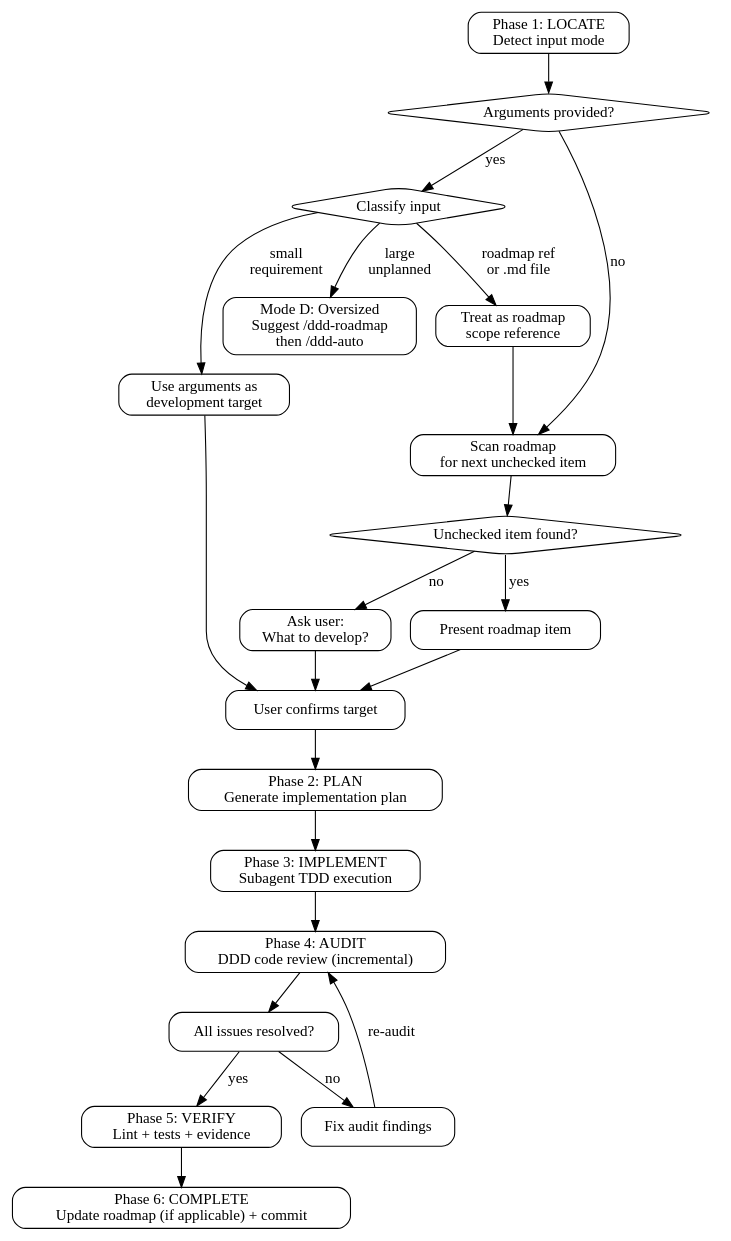
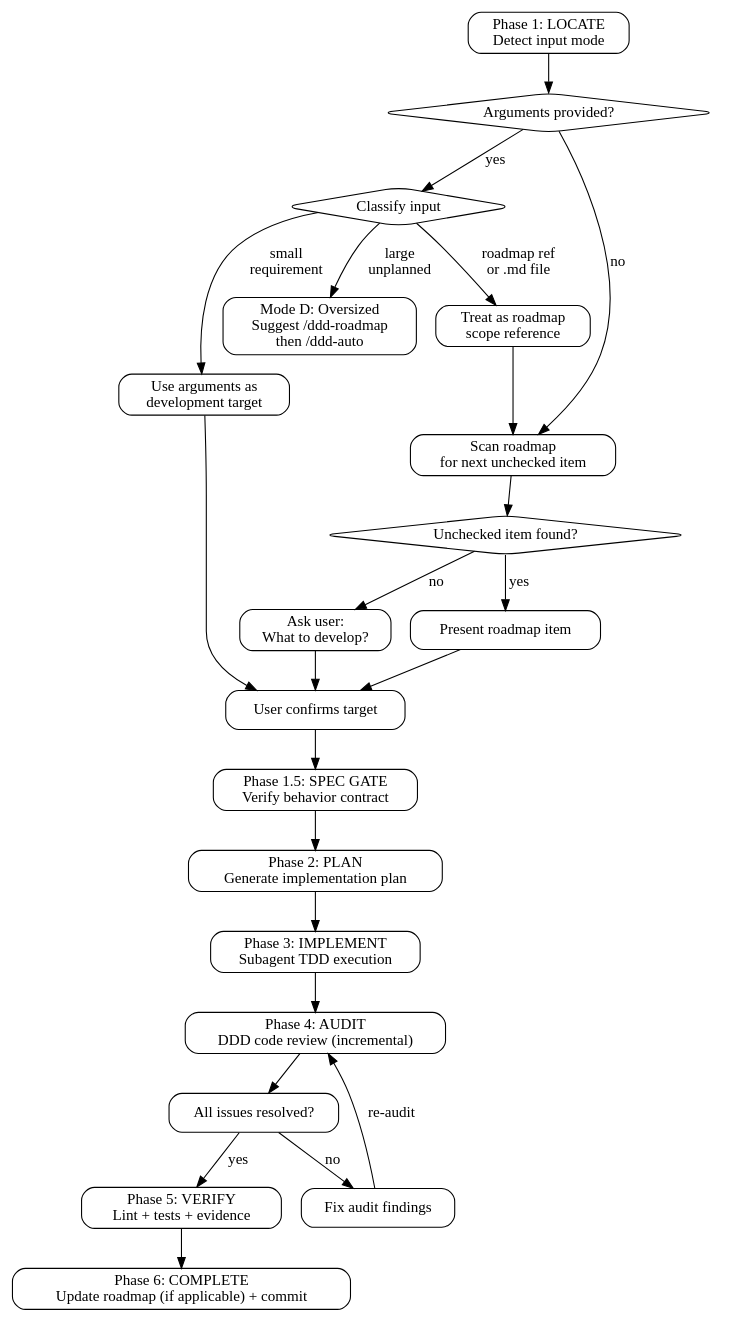
Before and after one commit to litecore-ai/ddd-coding-skills: the first of 3 diagrams in skills/ddd-develop/SKILL.md, drawn with Graphviz. The commit also changed other lines of this file, not shown here.

Commit message:
feat(ddd-develop): add Phase 1.5 spec gate

````diff
--- a/skills/ddd-develop/SKILL.md
+++ b/skills/ddd-develop/SKILL.md
@@ -29,44 +29,45 @@
 ```dot
 digraph ddd_develop {
   rankdir=TB;
   node [shape=box, style=rounded];
 
   input [label="Phase 1: LOCATE\nDetect input mode"];
   has_args [label="Arguments provided?" shape=diamond];
   classify [label="Classify input" shape=diamond];
   roadmap_ref [label="Treat as roadmap\nscope reference"];
   use_args [label="Use arguments as\ndevelopment target"];
   oversized [label="Mode D: Oversized\nSuggest /ddd-roadmap\nthen /ddd-auto"];
   scan_roadmap [label="Scan roadmap\nfor next unchecked item"];
   has_item [label="Unchecked item found?" shape=diamond];
   use_item [label="Present roadmap item"];
   ask_user [label="Ask user:\nWhat to develop?"];
   confirm [label="User confirms target"];
+  spec_gate [label="Phase 1.5: SPEC GATE\nVerify behavior contract"];
   plan [label="Phase 2: PLAN\nGenerate implementation plan"];
   implement [label="Phase 3: IMPLEMENT\nSubagent TDD execution"];
   audit [label="Phase 4: AUDIT\nDDD code review (incremental)"];
   pass [label="All issues resolved?"];
   fix [label="Fix audit findings"];
   verify [label="Phase 5: VERIFY\nLint + tests + evidence"];
   complete [label="Phase 6: COMPLETE\nUpdate roadmap (if applicable) + commit"];
 
   input -> has_args;
   has_args -> classify [label="yes"];
   has_args -> scan_roadmap [label="no"];
   classify -> roadmap_ref [label="roadmap ref\nor .md file"];
   classify -> use_args [label="small\nrequirement"];
   classify -> oversized [label="large\nunplanned"];
   roadmap_ref -> scan_roadmap;
   scan_roadmap -> has_item;
   has_item -> use_item [label="yes"];
   has_item -> ask_user [label="no"];
   use_args -> confirm;
   use_item -> confirm;
   ask_user -> confirm;
-  confirm -> plan -> implement -> audit -> pass;
+  confirm -> spec_gate -> plan -> implement -> audit -> pass;
   pass -> fix [label="no"];
   fix -> audit [label="re-audit"];
   pass -> verify [label="yes"];
   verify -> complete;
 }
 ```
````
